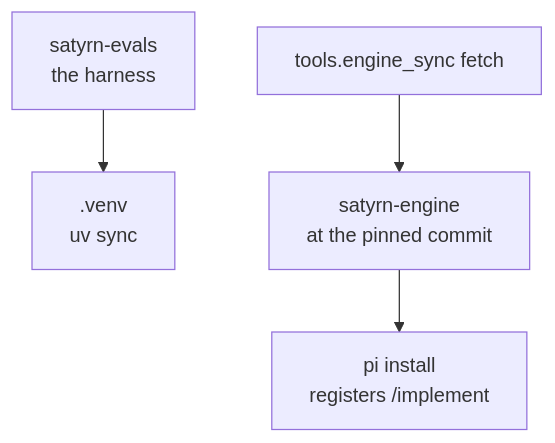
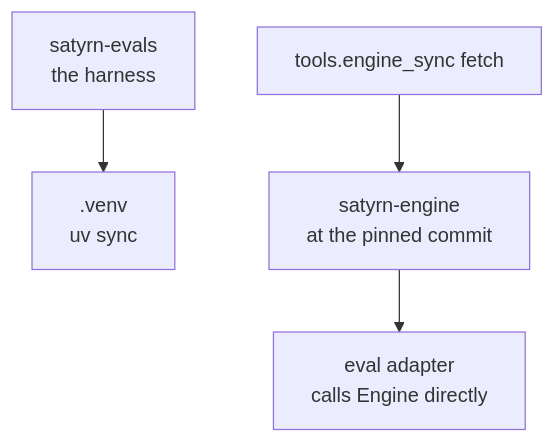
One commit to pauleveritt/satyrn-evals changed the third of 6 diagrams in docs/user-journey.md. Above: the diagram before and after it, drawn with Mermaid. The commit also changed other lines of this file and 18 other files, not shown here.

````diff
--- a/docs/user-journey.md
+++ b/docs/user-journey.md
@@ -127,6 +127,6 @@
 ```mermaid
 flowchart TB
   R[satyrn-evals<br/>the harness] --> V[.venv<br/>uv sync]
   F[tools.engine_sync fetch] --> S[satyrn-engine<br/>at the pinned commit]
-  S --> P[pi install<br/>registers /implement]
+  S --> P[eval adapter<br/>calls Engine directly]
 ```
````
